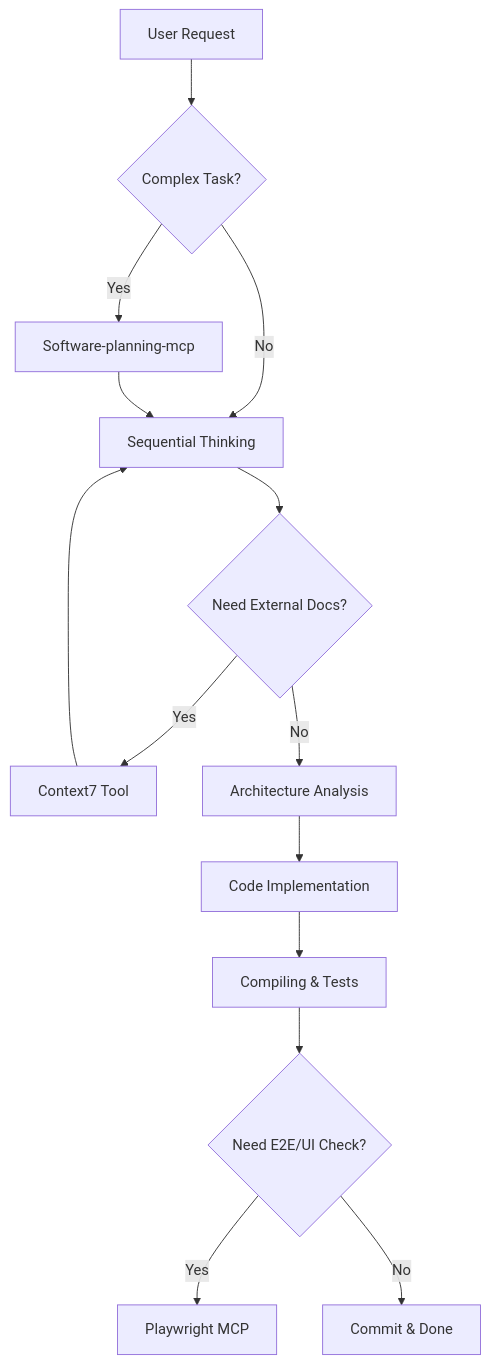
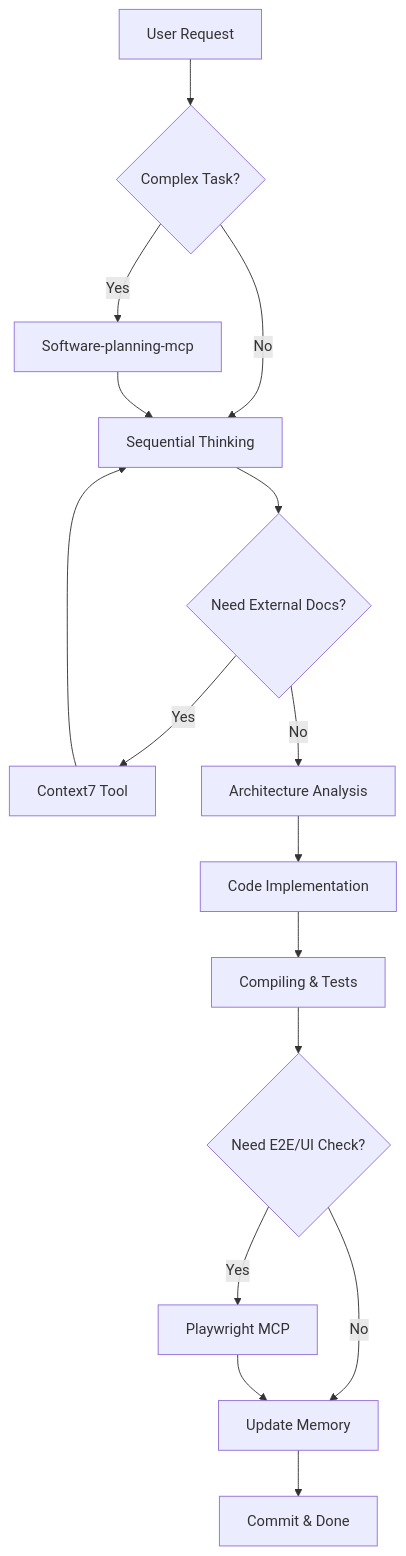
One commit to 7Spade/Black-Tortoise changed the first of 2 diagrams in .github/agents/GPT-5.1-Codex-Max(copilot)EN_v1.agent.md. Above: the diagram before and after it, drawn with Mermaid. The commit also changed other lines of this file, not shown here.

Commit message:
feat: enhance copilot memory integration strategy for knowledge persistence

````diff
--- a/.github/agents/GPT-5.1-Codex-Max(copilot)EN_v1.agent.md
+++ b/.github/agents/GPT-5.1-Codex-Max(copilot)EN_v1.agent.md
@@ -61,16 +61,18 @@
 ```mermaid
 graph TD
     Start[User Request] --> Plan{Complex Task?}
     Plan -- Yes --> Planning[Software-planning-mcp]
     Plan -- No --> Think[Sequential Thinking]
     Planning --> Think
     Think --> Research{Need External Docs?}
     Research -- Yes --> Context7[Context7 Tool]
     Context7 --> Think
     Research -- No --> Arch[Architecture Analysis]
     Arch --> Impl[Code Implementation]
     Impl --> Verify[Compiling & Tests]
     Verify --> UI_Test{Need E2E/UI Check?}
     UI_Test -- Yes --> Playwright[Playwright MCP]
-    UI_Test -- No --> Done[Commit & Done]
+    UI_Test -- No --> UpdateMem[Update Memory]
+    Playwright --> UpdateMem
+    UpdateMem --> Done[Commit & Done]
 ```
````
